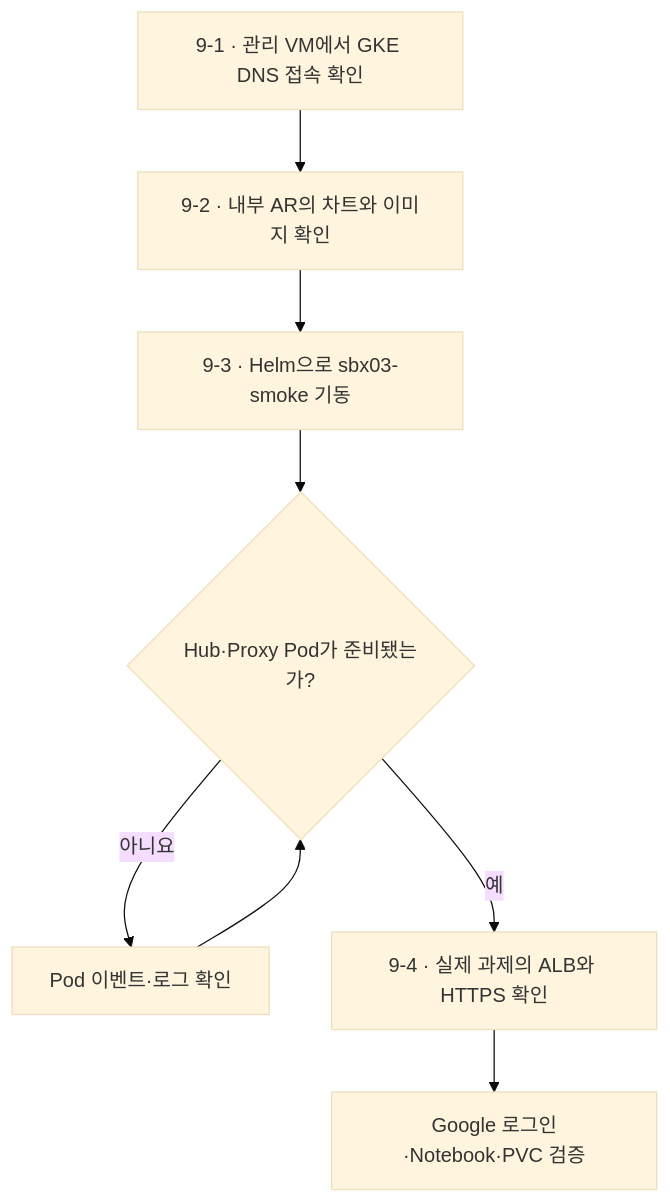
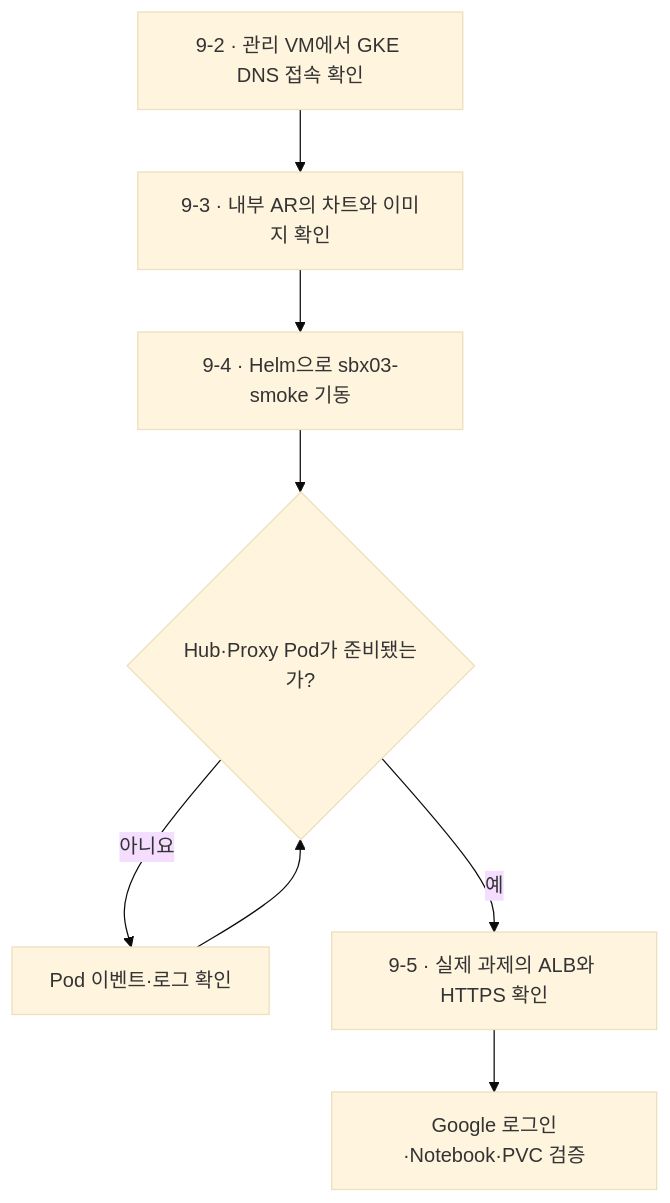
Before and after one commit to sonmap/https-github.com-sonmap-GCP_SBX_Test02: the eighth of 8 diagrams in 02.infra-setup/infra-setup-commend.md, drawn with Mermaid (base theme). The commit also changed other lines of this file, not shown here.

````diff
--- a/02.infra-setup/infra-setup-commend.md
+++ b/02.infra-setup/infra-setup-commend.md
@@ -2289,11 +2519,11 @@
 ```mermaid
 flowchart TD
-    A["9-1 · 관리 VM에서 GKE DNS 접속 확인"]
-    A --> B["9-2 · 내부 AR의 차트와 이미지 확인"]
-    B --> C["9-3 · Helm으로 sbx03-smoke 기동"]
+    A["9-2 · 관리 VM에서 GKE DNS 접속 확인"]
+    A --> B["9-3 · 내부 AR의 차트와 이미지 확인"]
+    B --> C["9-4 · Helm으로 sbx03-smoke 기동"]
     C --> D{"Hub·Proxy Pod가 준비됐는가?"}
     D -->|아니요| E["Pod 이벤트·로그 확인"]
     E --> D
-    D -->|예| F["9-4 · 실제 과제의 ALB와 HTTPS 확인"]
+    D -->|예| F["9-5 · 실제 과제의 ALB와 HTTPS 확인"]
     F --> G["Google 로그인·Notebook·PVC 검증"]
 ```
````
